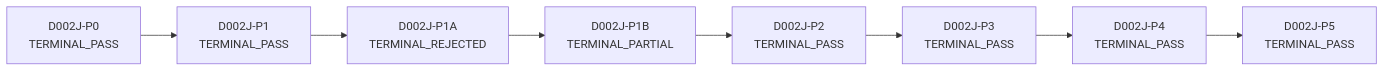
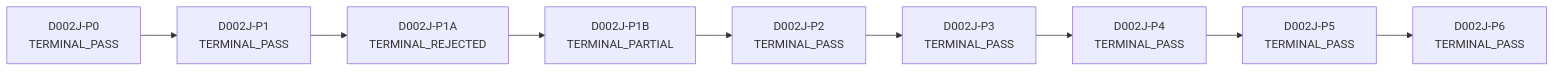
One commit to neuron7xLab/GeoSync changed the diagram in docs/research/D002J_LINEAGE_MAP.md. Above: the diagram before and after it, drawn with Mermaid. The commit also changed other lines of this file and 12 other files, not shown here.

````diff
--- a/docs/research/D002J_LINEAGE_MAP.md
+++ b/docs/research/D002J_LINEAGE_MAP.md
@@ -13,18 +13,20 @@
 ```mermaid
 graph LR
     D002J-P0[D002J-P0<br/>TERMINAL_PASS]
     D002J-P1[D002J-P1<br/>TERMINAL_PASS]
     D002J-P1A[D002J-P1A<br/>TERMINAL_REJECTED]
     D002J-P1B[D002J-P1B<br/>TERMINAL_PARTIAL]
     D002J-P2[D002J-P2<br/>TERMINAL_PASS]
     D002J-P3[D002J-P3<br/>TERMINAL_PASS]
     D002J-P4[D002J-P4<br/>TERMINAL_PASS]
     D002J-P5[D002J-P5<br/>TERMINAL_PASS]
+    D002J-P6[D002J-P6<br/>TERMINAL_PASS]
     D002J-P0 --> D002J-P1
     D002J-P1 --> D002J-P1A
     D002J-P1A --> D002J-P1B
     D002J-P1B --> D002J-P2
     D002J-P2 --> D002J-P3
     D002J-P3 --> D002J-P4
     D002J-P4 --> D002J-P5
+    D002J-P5 --> D002J-P6
 ```
````
